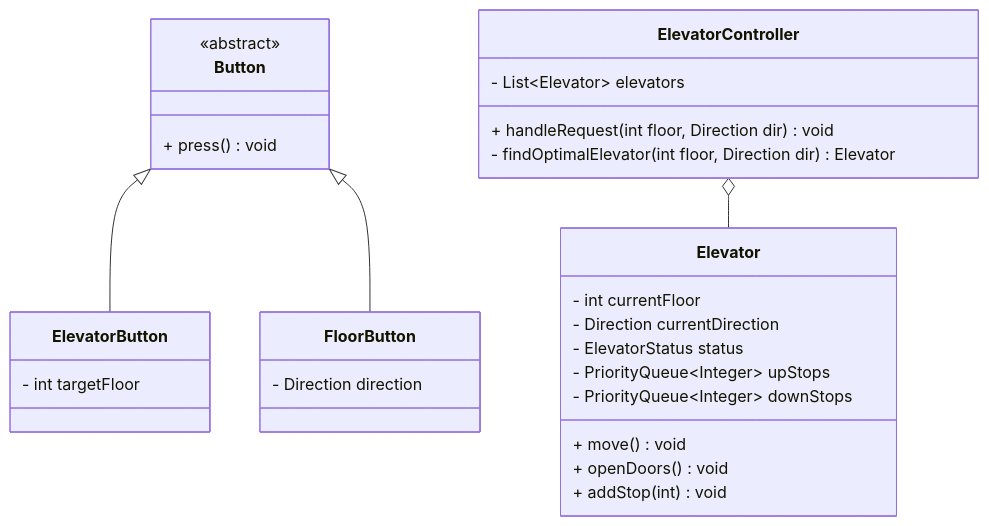
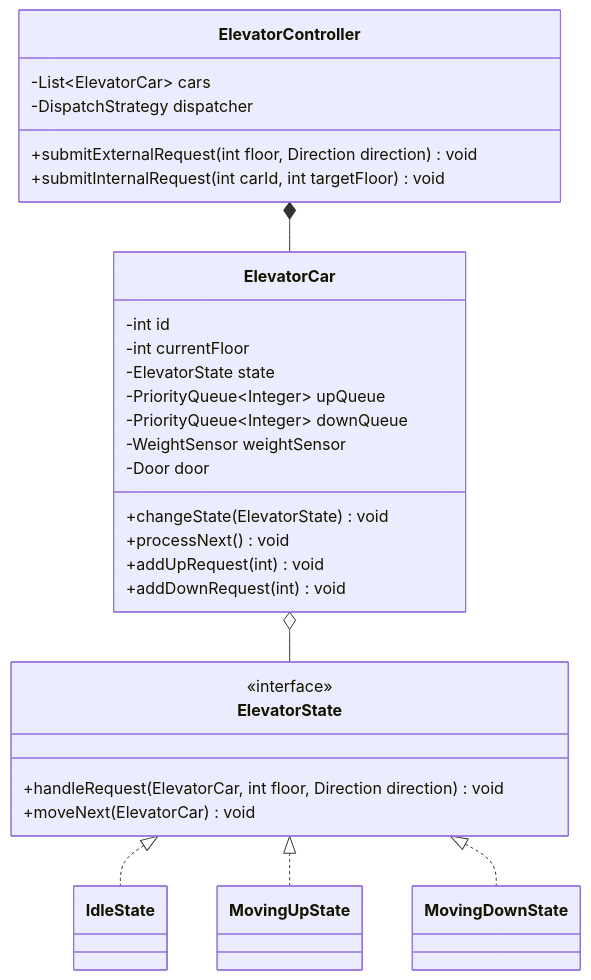
One commit to akshay-k-r/Interview-Prep-Resource changed the second of 2 diagrams in src/pages/03-lld/machine-coding/elevator/index.mdx. Above: the diagram before and after it, drawn with Mermaid. The commit also changed other lines of this file and 179 other files, not shown here.

````diff
--- a/src/pages/03-lld/machine-coding/elevator/index.mdx
+++ b/src/pages/03-lld/machine-coding/elevator/index.mdx
@@ -28,34 +71,39 @@
 ```mermaid
 classDiagram
-    class Button {
-        <<abstract>>
-        + press() void
-    }
-    class ElevatorButton {
-        - int targetFloor
-    }
-    class FloorButton {
-        - Direction direction
-    }
-    Button <|-- ElevatorButton
-    Button <|-- FloorButton
-
-    class Elevator {
-        - int currentFloor
-        - Direction currentDirection
-        - ElevatorStatus status
-        - PriorityQueue~Integer~ upStops
-        - PriorityQueue~Integer~ downStops
-        + move() void
-        + openDoors() void
-        + addStop(int) void
+    class ElevatorController {
+        -List~ElevatorCar~ cars
+        -DispatchStrategy dispatcher
+        +submitExternalRequest(int floor, Direction direction) void
+        +submitInternalRequest(int carId, int targetFloor) void
     }
 
-    class ElevatorController {
-        - List~Elevator~ elevators
-        + handleRequest(int floor, Direction dir) void
-        - findOptimalElevator(int floor, Direction dir) Elevator
+    class ElevatorCar {
+        -int id
+        -int currentFloor
+        -ElevatorState state
+        -PriorityQueue~Integer~ upQueue
+        -PriorityQueue~Integer~ downQueue
+        -WeightSensor weightSensor
+        -Door door
+        +changeState(ElevatorState) void
+        +processNext() void
+        +addUpRequest(int) void
+        +addDownRequest(int) void
     }
-    
-    ElevatorController o-- Elevator
+
+    class ElevatorState {
+        <<interface>>
+        +handleRequest(ElevatorCar, int floor, Direction direction) void
+        +moveNext(ElevatorCar) void
+    }
+
+    class IdleState { }
+    class MovingUpState { }
+    class MovingDownState { }
+
+    ElevatorState <|.. IdleState
+    ElevatorState <|.. MovingUpState
+    ElevatorState <|.. MovingDownState
+    ElevatorCar o-- ElevatorState
+    ElevatorController *-- ElevatorCar
 ```
````
